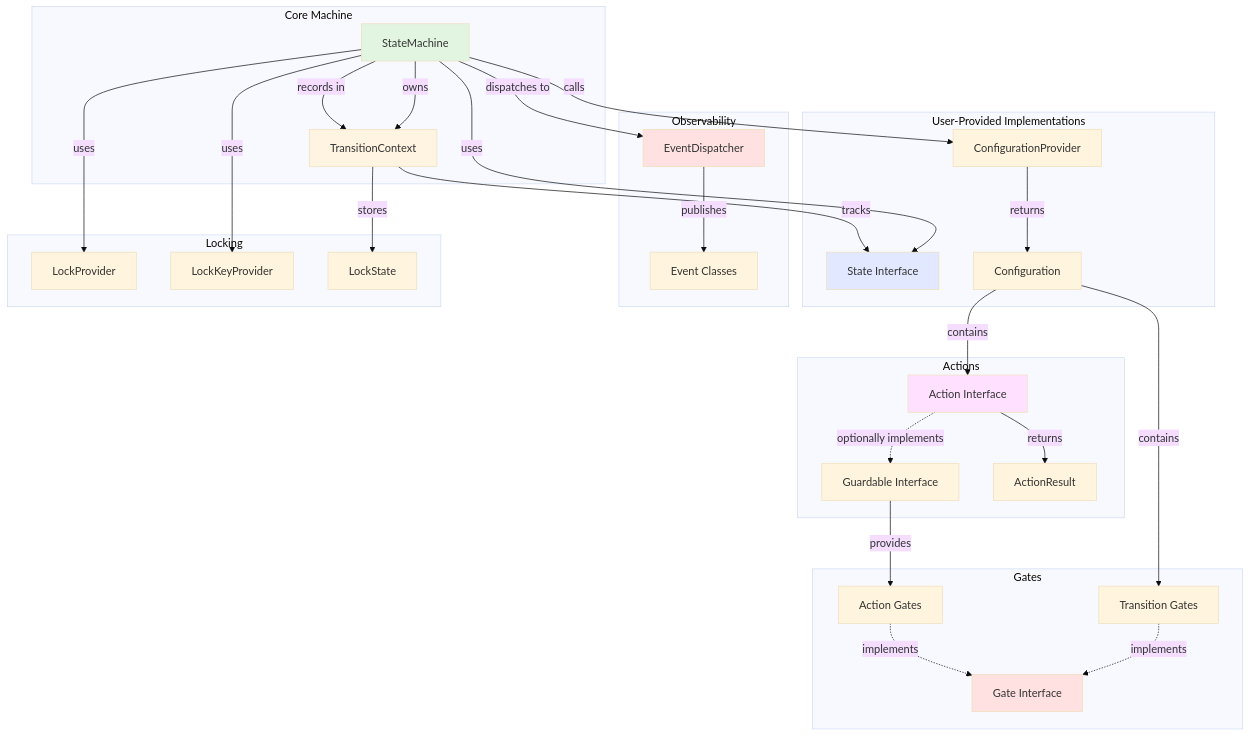
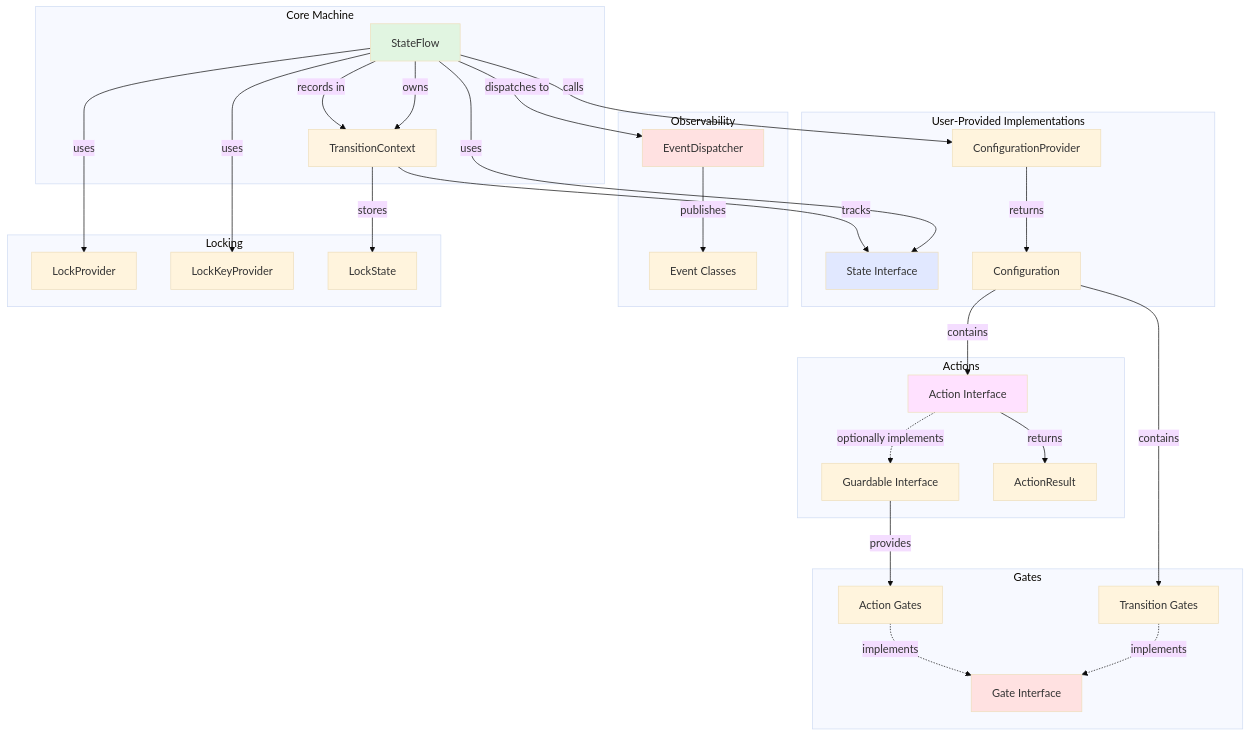
One commit to benrowe/stateflow changed the seventh of 8 diagrams in docs/diagrams.md. Above: the diagram before and after it, drawn with Mermaid (base theme). The commit also changed other lines of this file and 11 other files, not shown here.

First line of the commit message:
Rename StateMachine to StateFlow

````diff
--- a/docs/diagrams.md
+++ b/docs/diagrams.md
@@ -352,68 +352,68 @@
 ```mermaid
 graph TB
     subgraph "Core Machine"
-        SM[StateMachine]
+        SM[StateFlow]
         TC[TransitionContext]
     end
 
     subgraph "User-Provided Implementations"
         State[State Interface]
         CP[ConfigurationProvider]
         Config[Configuration]
     end
 
     subgraph "Gates"
         TG[Transition Gates]
         AG[Action Gates]
         Gate[Gate Interface]
     end
 
     subgraph "Actions"
         Action[Action Interface]
         Guardable[Guardable Interface]
         AR[ActionResult]
     end
 
     subgraph "Observability"
         ED[EventDispatcher]
         Events[Event Classes]
     end
 
     subgraph "Locking"
         LP[LockProvider]
         LKP[LockKeyProvider]
         LS[LockState]
     end
 
     SM -->|owns| TC
     SM -->|uses| State
     SM -->|calls| CP
     SM -->|dispatches to| ED
     SM -->|uses| LP
     SM -->|uses| LKP
 
     CP -->|returns| Config
     Config -->|contains| TG
     Config -->|contains| Action
 
     TG -.implements.-> Gate
     AG -.implements.-> Gate
 
     Action -.optionally implements.-> Guardable
     Guardable -->|provides| AG
     Action -->|returns| AR
 
     TC -->|stores| LS
     TC -->|tracks| State
 
     ED -->|publishes| Events
 
     SM -->|records in| TC
 
     style SM fill:#e1f5e1
     style TC fill:#fff4e1
     style State fill:#e1e8ff
     style Gate fill:#ffe1e1
     style Action fill:#ffe1ff
     style ED fill:#ffe1e1
 ```
````
